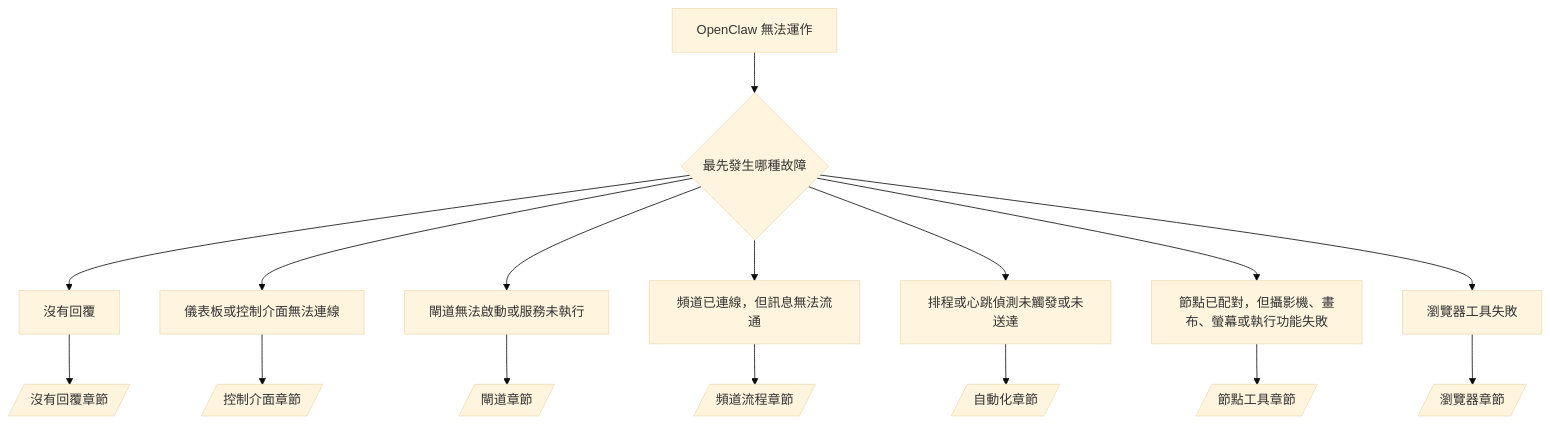
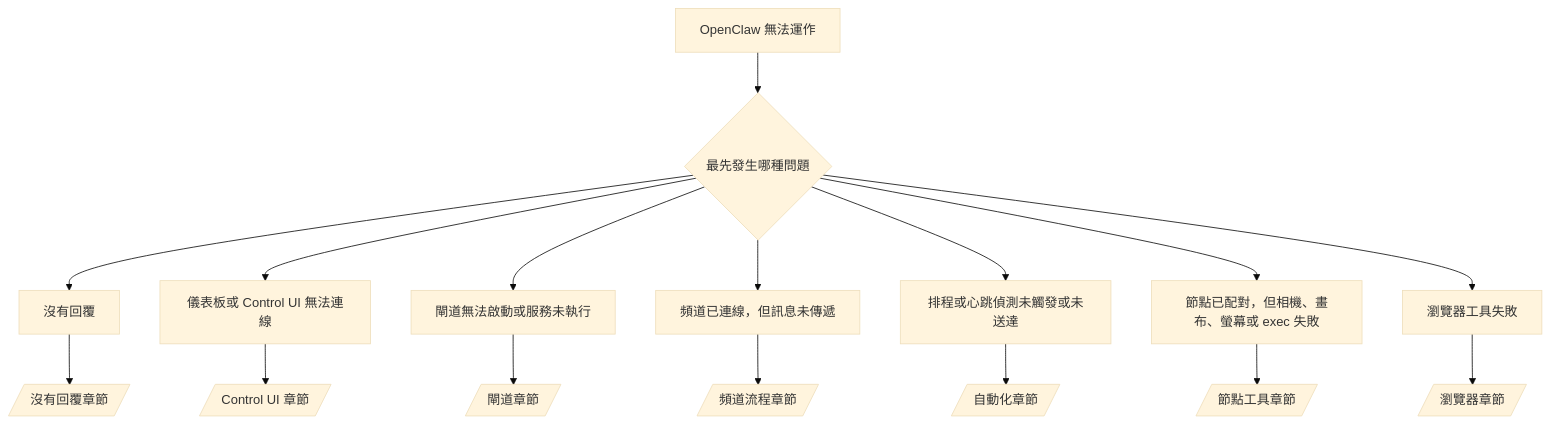
Before and after one commit to is0383kk/ai-docs-sync-workflow: the diagram in openclaw-docs/zh-TW/help/troubleshooting.md, drawn with Mermaid (base theme). The commit also changed other lines of this file and 11096 other files, not shown here.

````diff
--- a/openclaw-docs/zh-TW/help/troubleshooting.md
+++ b/openclaw-docs/zh-TW/help/troubleshooting.md
@@ -186,19 +191,19 @@
 ```mermaid
 flowchart TD
-  A[OpenClaw 無法運作] --> B{最先發生哪種故障}
+  A[OpenClaw 無法運作] --> B{最先發生哪種問題}
   B --> C[沒有回覆]
-  B --> D[儀表板或控制介面無法連線]
+  B --> D[儀表板或 Control UI 無法連線]
   B --> E[閘道無法啟動或服務未執行]
-  B --> F[頻道已連線，但訊息無法流通]
+  B --> F[頻道已連線，但訊息未傳遞]
   B --> G[排程或心跳偵測未觸發或未送達]
-  B --> H[節點已配對，但攝影機、畫布、螢幕或執行功能失敗]
+  B --> H[節點已配對，但相機、畫布、螢幕或 exec 失敗]
   B --> I[瀏覽器工具失敗]
 
   C --> C1[/沒有回覆章節/]
-  D --> D1[/控制介面章節/]
+  D --> D1[/Control UI 章節/]
   E --> E1[/閘道章節/]
   F --> F1[/頻道流程章節/]
   G --> G1[/自動化章節/]
   H --> H1[/節點工具章節/]
   I --> I1[/瀏覽器章節/]
 ```
````
